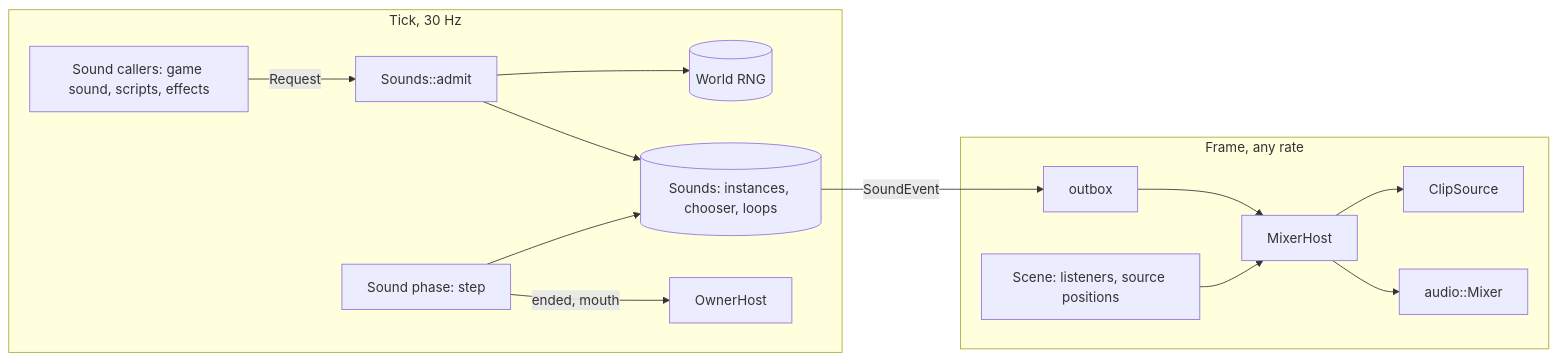
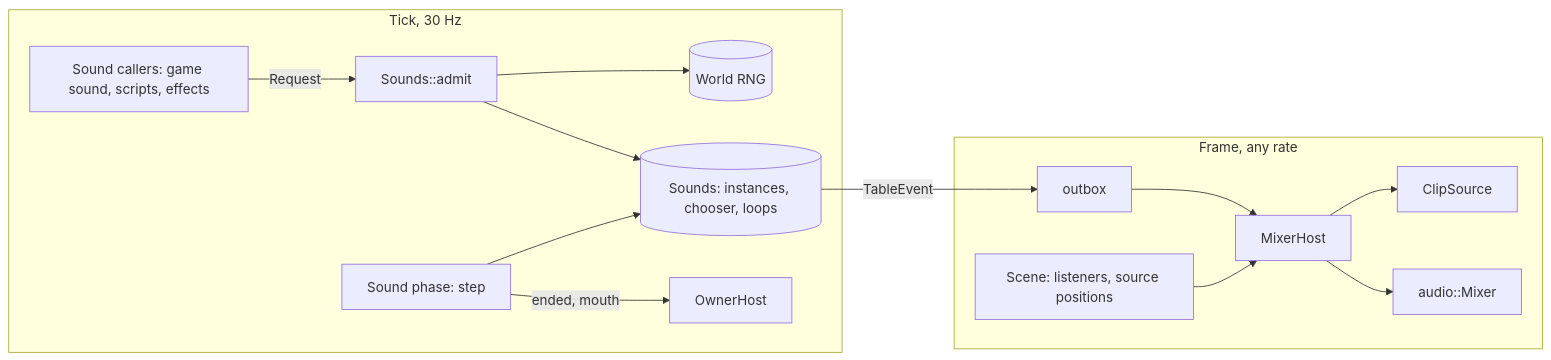
The first of 2 diagrams in docs/engine/sound-instances.md (0xdeafcafe/h2r), drawn with Mermaid before and after one commit. The commit also changed other lines of this file, not shown here.

Commit message:
docs: sound-instances names TableEvent and NullTableHost

````diff
--- a/docs/engine/sound-instances.md
+++ b/docs/engine/sound-instances.md
@@ -7,17 +7,17 @@
 ```mermaid
 flowchart LR
   subgraph tick [Tick, 30 Hz]
     callers[Sound callers: game sound, scripts, effects] -->|Request| admit[Sounds::admit]
     admit --> rng[(World RNG)]
     admit --> table[(Sounds: instances, chooser, loops)]
     step[Sound phase: step] --> table
     step -->|ended, mouth| owners[OwnerHost]
   end
-  table -->|SoundEvent| outbox
+  table -->|TableEvent| outbox
   subgraph frame [Frame, any rate]
     outbox --> feed[MixerHost]
     scene[Scene: listeners, source positions] --> feed
     feed --> clips[ClipSource]
     feed --> mixer[audio::Mixer]
   end
 ```
````
